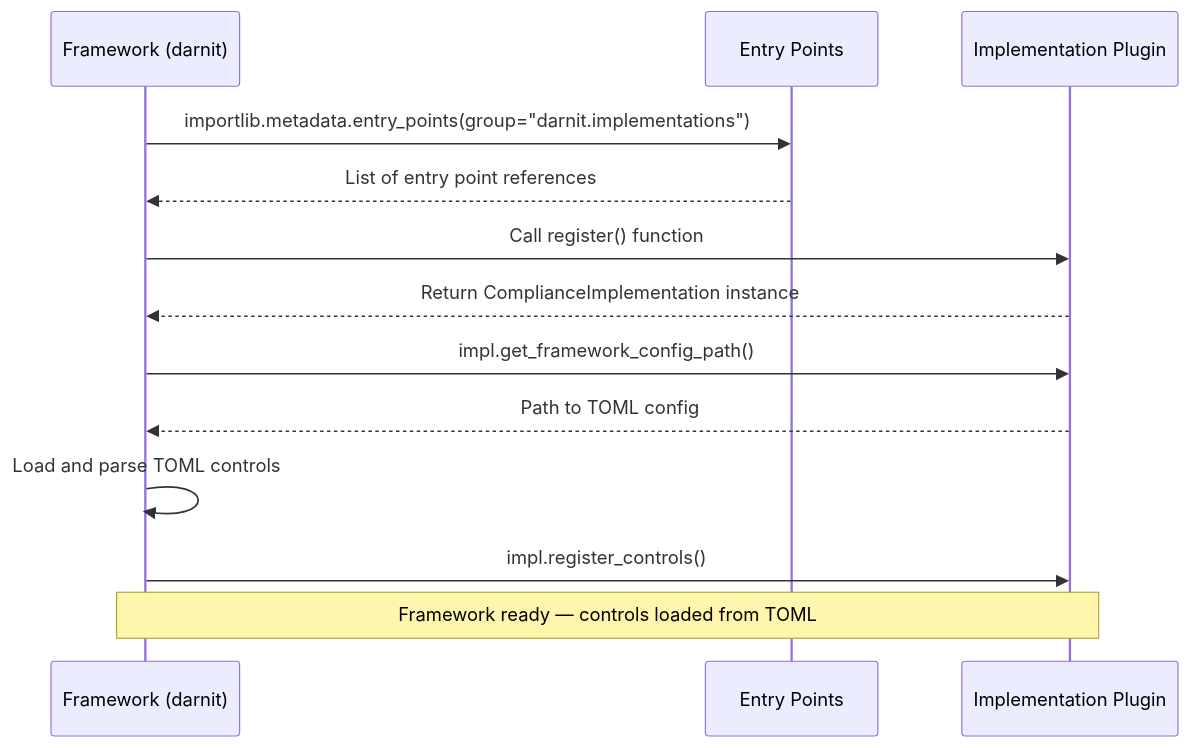
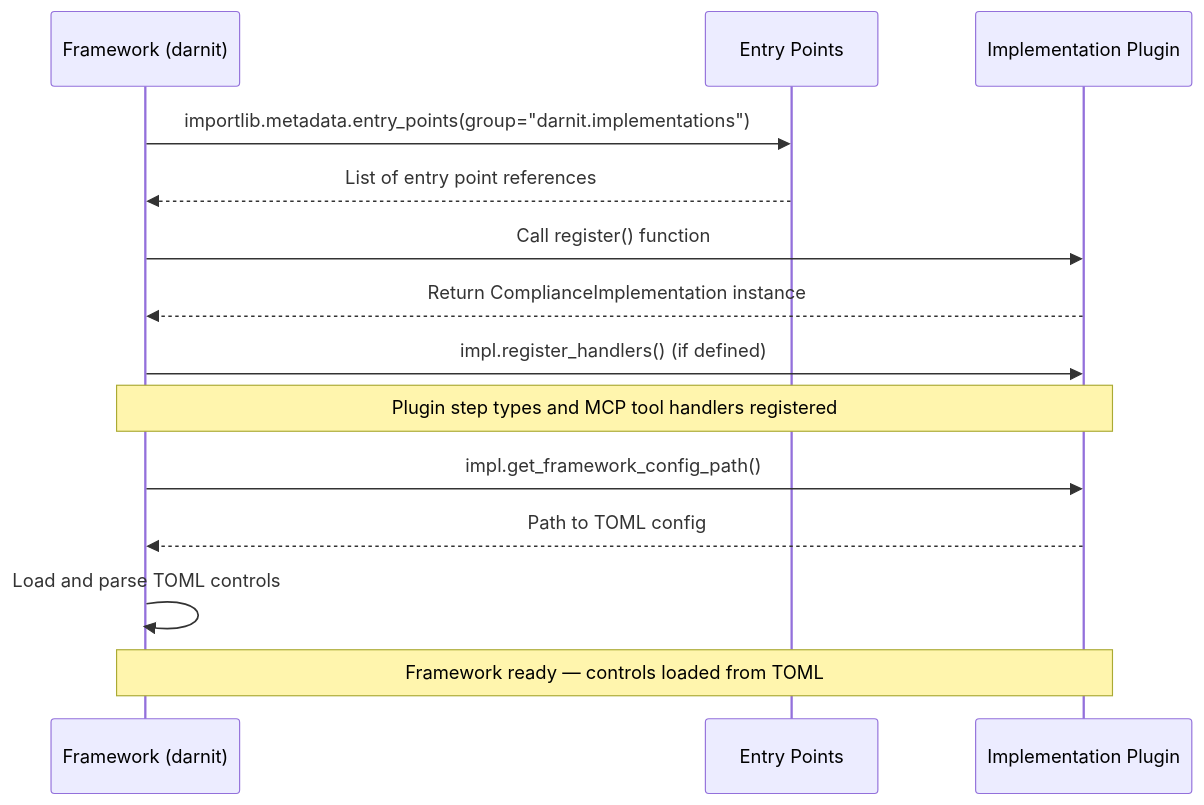
One commit to darnitdevorg/darnit changed the second of 3 diagrams in docs/getting-started/framework-development.md. Above: the diagram before and after it, drawn with Mermaid. The commit also changed other lines of this file and 44 other files, not shown here.

First line of the commit message:
refactor(core)!: trim the plugin protocol and standardize on register_handlers (#487 part 2, #451) (#569)

````diff
--- a/docs/getting-started/framework-development.md
+++ b/docs/getting-started/framework-development.md
@@ -77,16 +77,17 @@
 ```mermaid
 sequenceDiagram
     participant F as Framework (darnit)
     participant EP as Entry Points
     participant I as Implementation Plugin
 
     F->>EP: importlib.metadata.entry_points(group="darnit.implementations")
     EP-->>F: List of entry point references
     F->>I: Call register() function
     I-->>F: Return ComplianceImplementation instance
+    F->>I: impl.register_handlers() (if defined)
+    Note over F,I: Plugin step types and MCP tool handlers registered
     F->>I: impl.get_framework_config_path()
     I-->>F: Path to TOML config
     F->>F: Load and parse TOML controls
-    F->>I: impl.register_controls()
     Note over F,I: Framework ready — controls loaded from TOML
 ```
````
